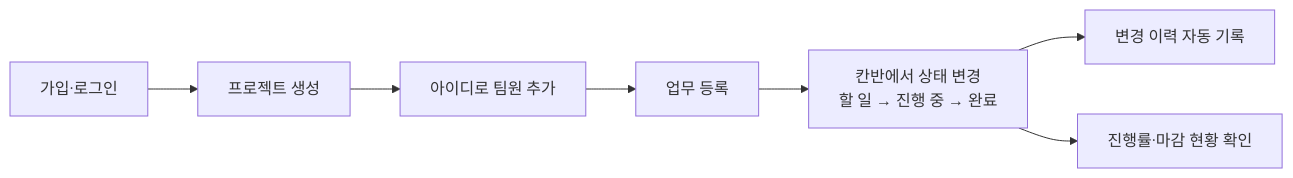
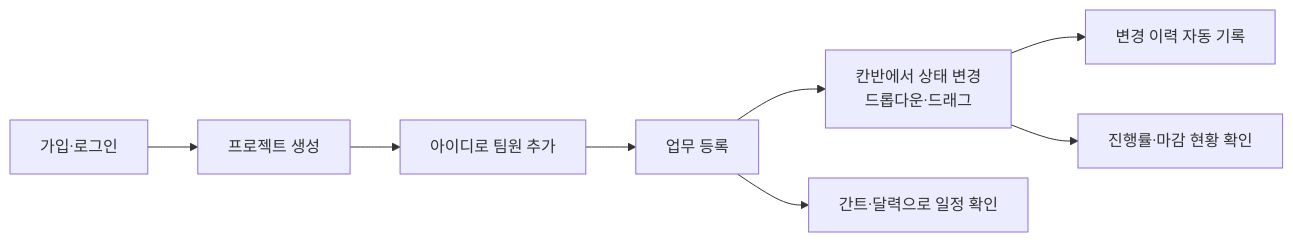
Before and after one commit to azaz1238-tech/-Doing_It-: the diagram in docs/PROJECT-OVERVIEW.md, drawn with Mermaid. The commit also changed other lines of this file and 2 other files, not shown here.

````diff
--- a/docs/PROJECT-OVERVIEW.md
+++ b/docs/PROJECT-OVERVIEW.md
@@ -31,7 +31,8 @@
 ```mermaid
 flowchart LR
     A[가입·로그인] --> B[프로젝트 생성] --> C[아이디로 팀원 추가]
-    C --> D[업무 등록] --> E[칸반에서 상태 변경<br/>할 일 → 진행 중 → 완료]
+    C --> D[업무 등록] --> E[칸반에서 상태 변경<br/>드롭다운·드래그]
     E --> F[변경 이력 자동 기록]
     E --> G[진행률·마감 현황 확인]
+    D --> H[간트·달력으로 일정 확인]
 ```
````
